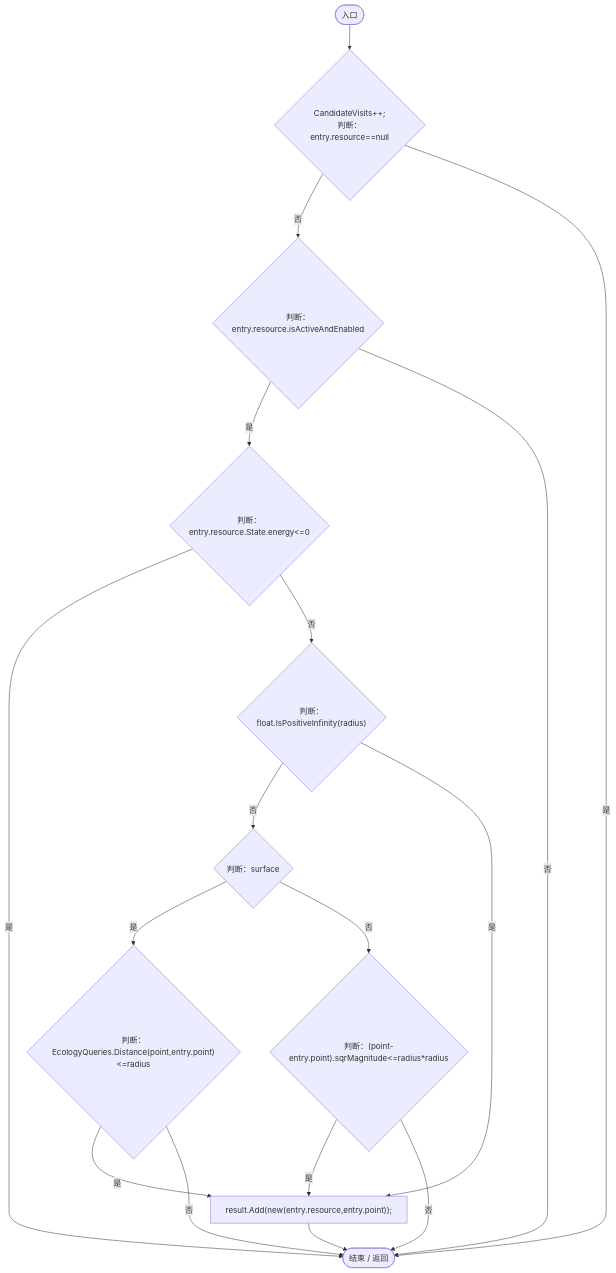
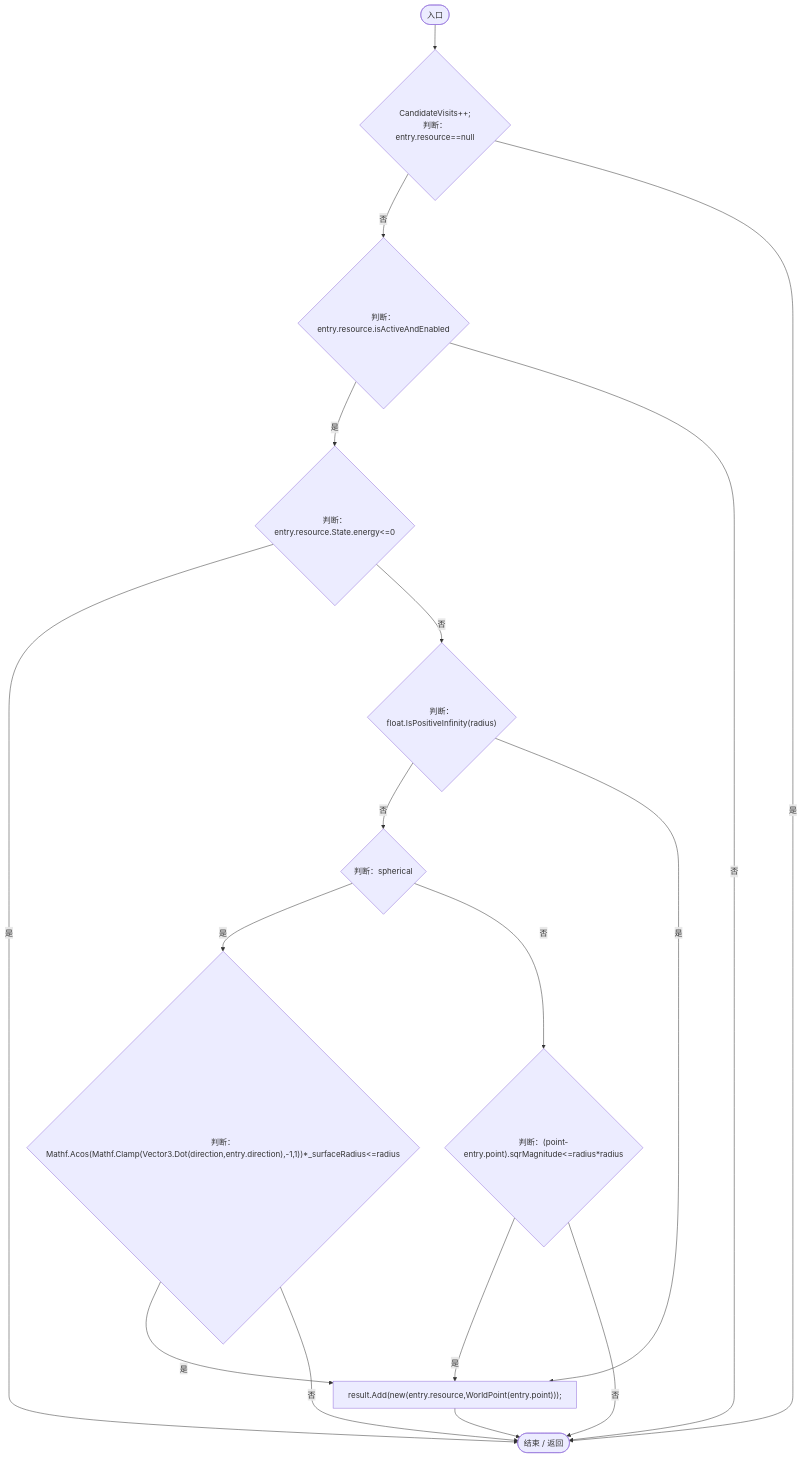
Before and after one commit to xhs6666/Darwin_paradise: diagram 22 of 26 in Docs/运行流程图/脚本/93d731ac01e3af48.md, drawn with Mermaid. The commit also changed other lines of this file and 297 other files, not shown here.

````diff
--- a/Docs/运行流程图/脚本/93d731ac01e3af48.md
+++ b/Docs/运行流程图/脚本/93d731ac01e3af48.md
@@ -639,30 +872,30 @@
 ```mermaid
 flowchart TD
   b0(["入口"])
   b1{"CandidateVisits++;<br/>判断：entry.resource==null"}
   b2{"判断：entry.resource.isActiveAndEnabled"}
   b3{"判断：entry.resource.State.energy&lt;=0"}
   b4{"判断：float.IsPositiveInfinity(radius)"}
-  b5{"判断：surface"}
-  b6{"判断：EcologyQueries.Distance(point,entry.point)&lt;=radius"}
+  b5{"判断：spherical"}
+  b6{"判断：Mathf.Acos(Mathf.Clamp(Vector3.Dot(direction,entry.direction),-1,1))*_surfaceRadius&lt;=radius"}
   b7{"判断：(point-entry.point).sqrMagnitude&lt;=radius*radius"}
-  b8["result.Add(new(entry.resource,entry.point));"]
+  b8["result.Add(new(entry.resource,WorldPoint(entry.point)));"]
   b9(["结束 / 返回"])
   b0 --> b1
   b1 -->|"否"| b2
   b1 -->|"是"| b9
   b2 -->|"是"| b3
   b2 -->|"否"| b9
   b3 -->|"是"| b9
   b3 -->|"否"| b4
   b4 -->|"否"| b5
   b4 -->|"是"| b8
   b5 -->|"是"| b6
   b5 -->|"否"| b7
   b6 -->|"是"| b8
   b6 -->|"否"| b9
   b7 -->|"是"| b8
   b7 -->|"否"| b9
   b8 --> b9
 
 ```
````
